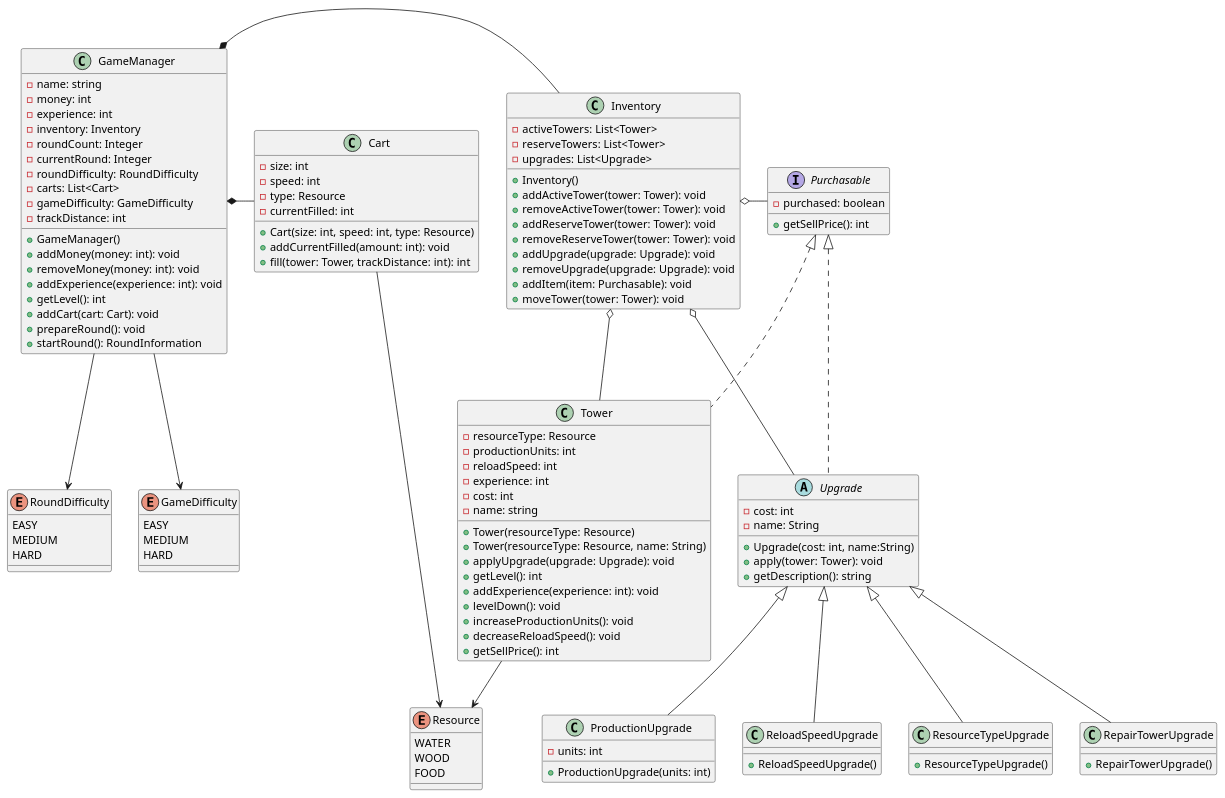
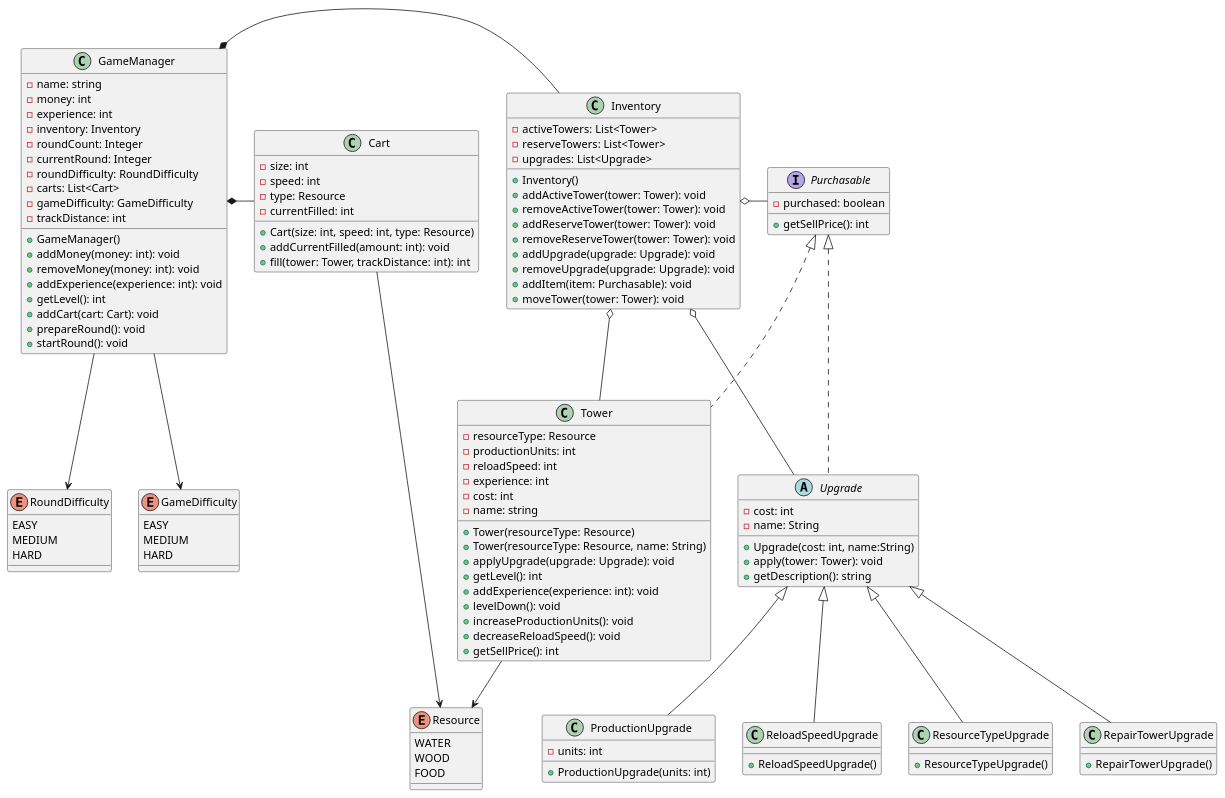
Before and after one commit to Fudgeey/uc-seng201-project: the diagram in uml/class.puml, drawn with PlantUML. The commit also changed 2 other files, not shown here.

```diff
--- a/uml/class.puml
+++ b/uml/class.puml
@@ -1,135 +1,134 @@
 @startuml
 'https://plantuml.com/class-diagram
 
 class Tower implements Purchasable {
     - resourceType: Resource
     - productionUnits: int
     - reloadSpeed: int
     - experience: int
     - cost: int
     - name: string
 
     + Tower(resourceType: Resource)
     + Tower(resourceType: Resource, name: String)
     + applyUpgrade(upgrade: Upgrade): void
     + getLevel(): int
     + addExperience(experience: int): void
     + levelDown(): void
     + increaseProductionUnits(): void
     + decreaseReloadSpeed(): void
     + getSellPrice(): int
 }
 
 enum Resource {
     WATER
     WOOD
     FOOD
 }
 
 class GameManager {
     - name: string
     - money: int
     - experience: int
     - inventory: Inventory
     - roundCount: Integer
     - currentRound: Integer
     - roundDifficulty: RoundDifficulty
     - carts: List<Cart>
     - gameDifficulty: GameDifficulty
     - trackDistance: int
 
     + GameManager()
     + addMoney(money: int): void
     + removeMoney(money: int): void
     + addExperience(experience: int): void
     + getLevel(): int
     + addCart(cart: Cart): void
     + prepareRound(): void
-    + startRound(): RoundInformation
+    + startRound(): void
 
 }
 
 Tower --> Resource
 GameManager --> GameDifficulty
 GameManager --> RoundDifficulty
 GameManager *- Inventory
 Inventory o- Tower
 Inventory o- Upgrade
 Inventory o- Purchasable
-
 
 class Cart {
     - size: int
     - speed: int
     - type: Resource
     - currentFilled: int
 
     + Cart(size: int, speed: int, type: Resource)
     + addCurrentFilled(amount: int): void
     + fill(tower: Tower, trackDistance: int): int
 }
 
 Cart --> Resource
 GameManager *- Cart
 
 enum GameDifficulty {
     EASY
     MEDIUM
     HARD
 }
 
 enum RoundDifficulty {
     EASY
     MEDIUM
     HARD
 }
 
 interface Purchasable {
     - purchased: boolean
 
     + getSellPrice(): int
 }
 
 abstract Upgrade implements Purchasable {
     - cost: int
     - name: String
 
     + Upgrade(cost: int, name:String)
     + apply(tower: Tower): void
     + getDescription(): string
 }
 
 class ProductionUpgrade extends Upgrade {
     - units: int
 
     + ProductionUpgrade(units: int)
 }
 
 class ReloadSpeedUpgrade extends Upgrade {
     + ReloadSpeedUpgrade()
 }
 
 class ResourceTypeUpgrade extends Upgrade {
     + ResourceTypeUpgrade()
 }
 
 class RepairTowerUpgrade extends Upgrade {
     + RepairTowerUpgrade()
 }
 
 class Inventory {
     - activeTowers: List<Tower>
     - reserveTowers: List<Tower>
     - upgrades: List<Upgrade>
 
     + Inventory()
     + addActiveTower(tower: Tower): void
     + removeActiveTower(tower: Tower): void
     + addReserveTower(tower: Tower): void
     + removeReserveTower(tower: Tower): void
     + addUpgrade(upgrade: Upgrade): void
     + removeUpgrade(upgrade: Upgrade): void
     + addItem(item: Purchasable): void
     + moveTower(tower: Tower): void
 }
 @enduml
```
